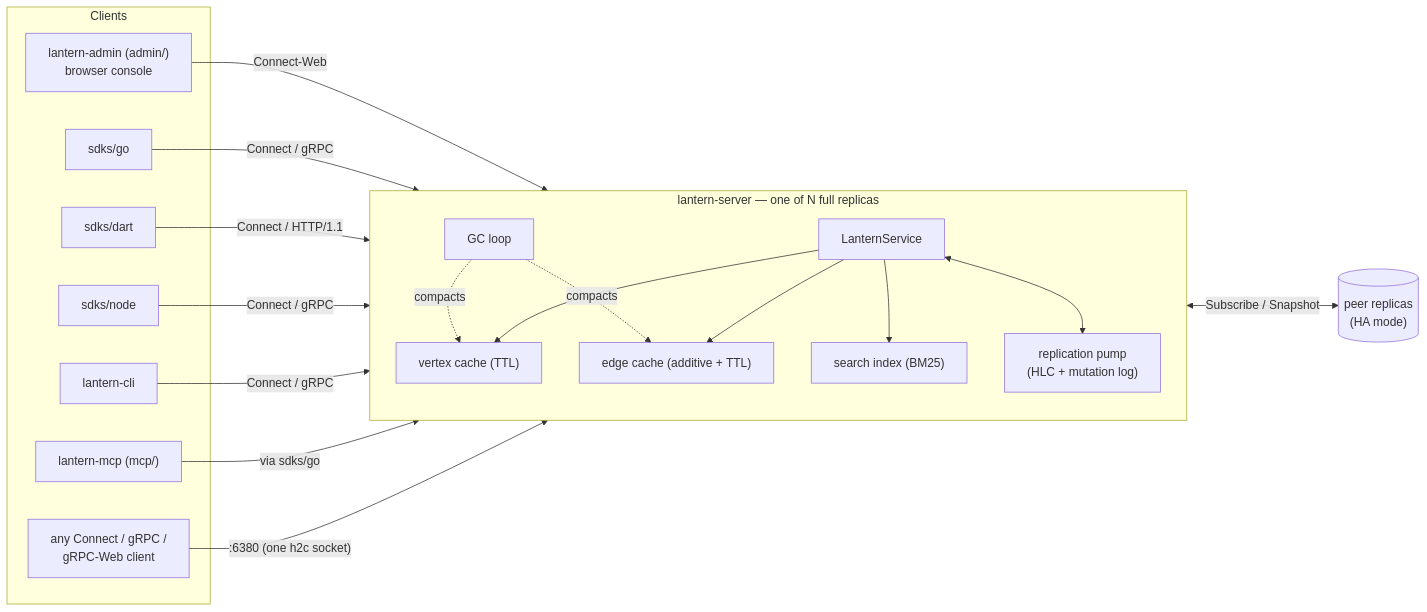
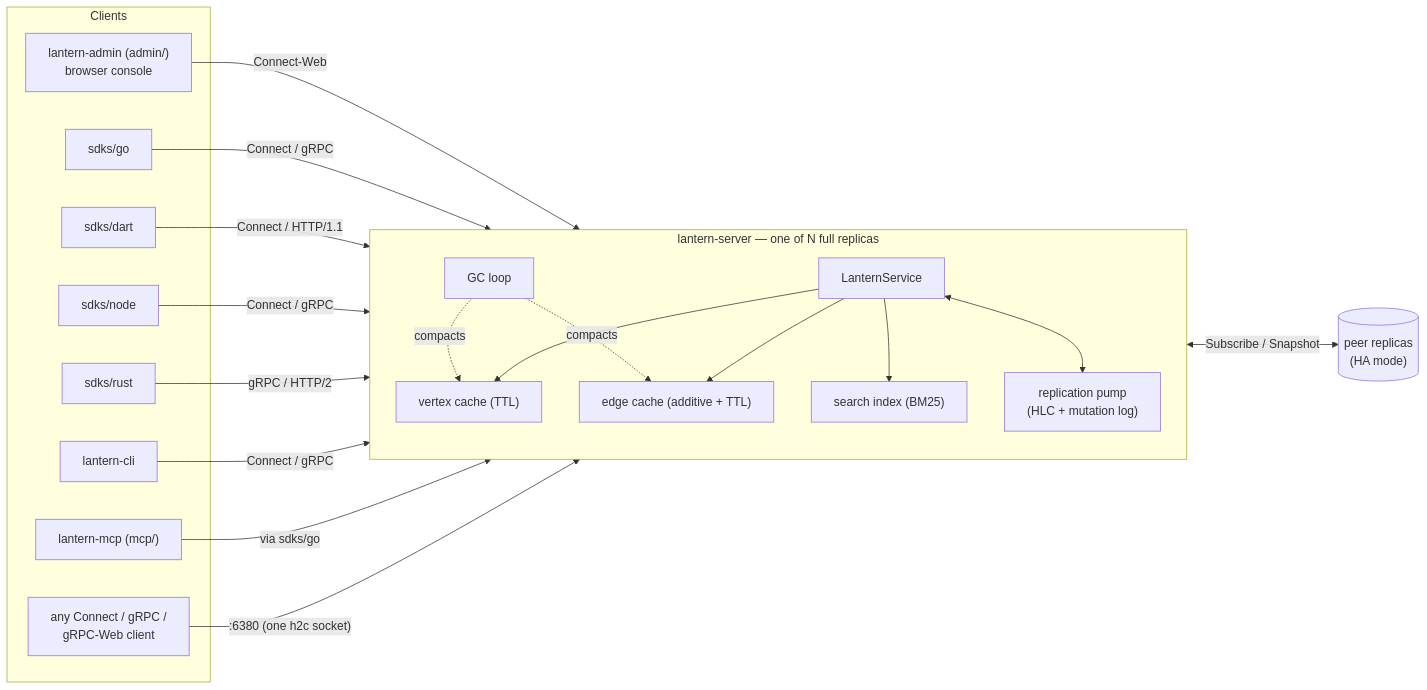
Before and after one commit to anaregdesign/lantern: the seventh of 7 diagrams in README.md, drawn with Mermaid. The commit also changed other lines of this file and 47 other files, not shown here.

First line of the commit message:
feat(sdks/rust): add native SDK and release candidate gates (#1504)

````diff
--- a/README.md
+++ b/README.md
@@ -572,39 +590,41 @@
 ```mermaid
 flowchart LR
     subgraph Clients
         Admin["lantern-admin (admin/)<br/>browser console"]
         GoSDK["sdks/go"]
         DartSDK["sdks/dart"]
         NodeSDK["sdks/node"]
+        RustSDK["sdks/rust"]
         CLI["lantern-cli"]
         MCP["lantern-mcp (mcp/)"]
         Other3P["any Connect / gRPC /<br/>gRPC-Web client"]
     end
 
     Admin   -->|Connect-Web| SVC
     GoSDK   -->|Connect / gRPC| SVC
     DartSDK -->|Connect / HTTP/1.1| SVC
     NodeSDK -->|Connect / gRPC| SVC
+    RustSDK -->|gRPC / HTTP/2| SVC
     CLI     -->|Connect / gRPC| SVC
     MCP     -->|via sdks/go| SVC
     Other3P -->|":6380 (one h2c socket)"| SVC
 
     subgraph Server["lantern-server — one of N full replicas"]
         direction TB
         SVC["LanternService"]
         VC["vertex cache (TTL)"]
         EC["edge cache (additive + TTL)"]
         IX["search index (BM25)"]
         W["GC loop"]
         Repl["replication pump<br/>(HLC + mutation log)"]
         SVC --> VC
         SVC --> EC
         SVC --> IX
         W -.compacts.-> VC
         W -.compacts.-> EC
         SVC <--> Repl
     end
 
     Peers[("peer replicas<br/>(HA mode)")]
     Repl <-->|Subscribe / Snapshot| Peers
 ```
````
